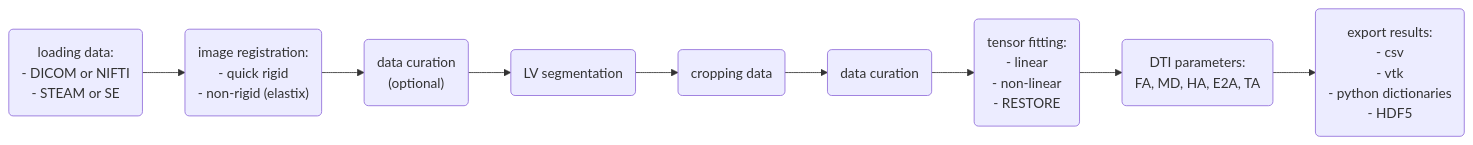
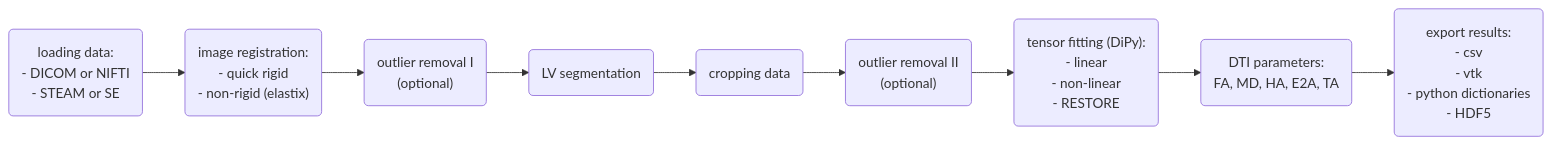
Before and after one commit to ImperialCollegeLondon/INDI: the diagram in docs/documentation.md, drawn with Mermaid.

````diff
--- a/docs/documentation.md
+++ b/docs/documentation.md
@@ -3,34 +3,35 @@
 ```mermaid
 flowchart LR
     A("`loading data:
     - DICOM or NIFTI
     - STEAM or SE`")
     B("`image registration:
     - quick rigid
     - non-rigid (elastix)`")
-    C("`data curation
+    C("`outlier removal I
     (optional)`")
     D(LV segmentation)
     E(cropping data)
-    F(data curation)
-    G("`tensor fitting:
+    F("`outlier removal II
+    (optional)`")
+    G("`tensor fitting (DiPy):
     - linear
     - non-linear
     - RESTORE`")
     H("`DTI parameters:
     FA, MD, HA, E2A, TA`")
     I("`export results:
     - csv
     - vtk
     - python dictionaries
     - HDF5`")
 
     A --> B
     B --> C
     C --> D
     D --> E
     E --> F
     F --> G
     G --> H
     H --> I
 ```
````
